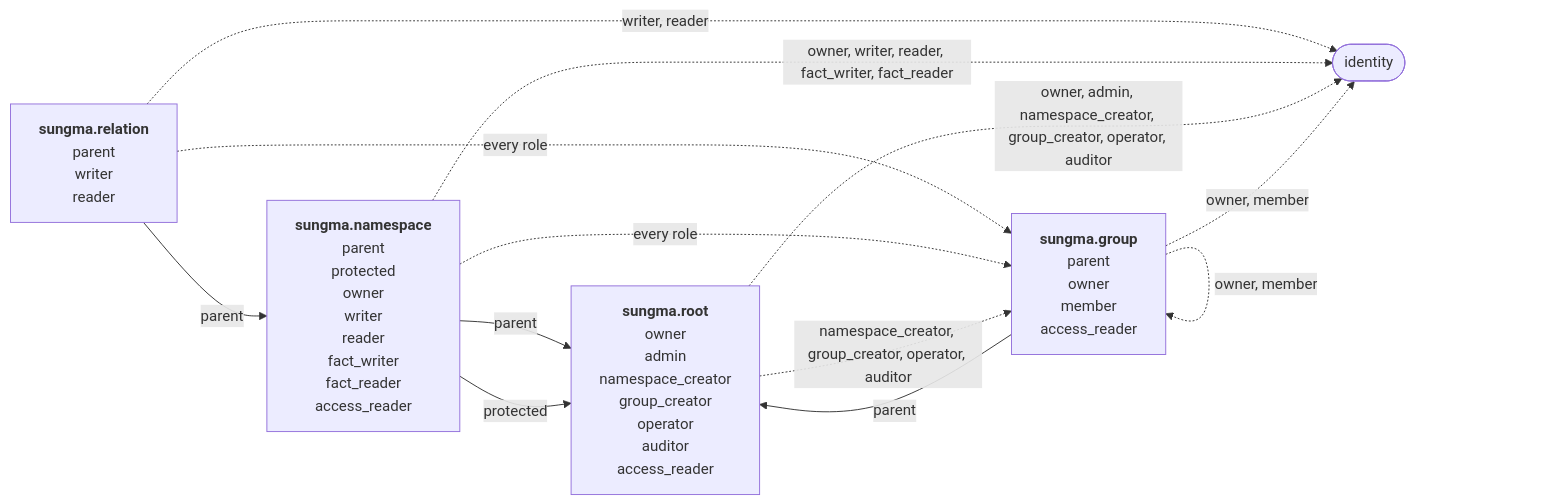
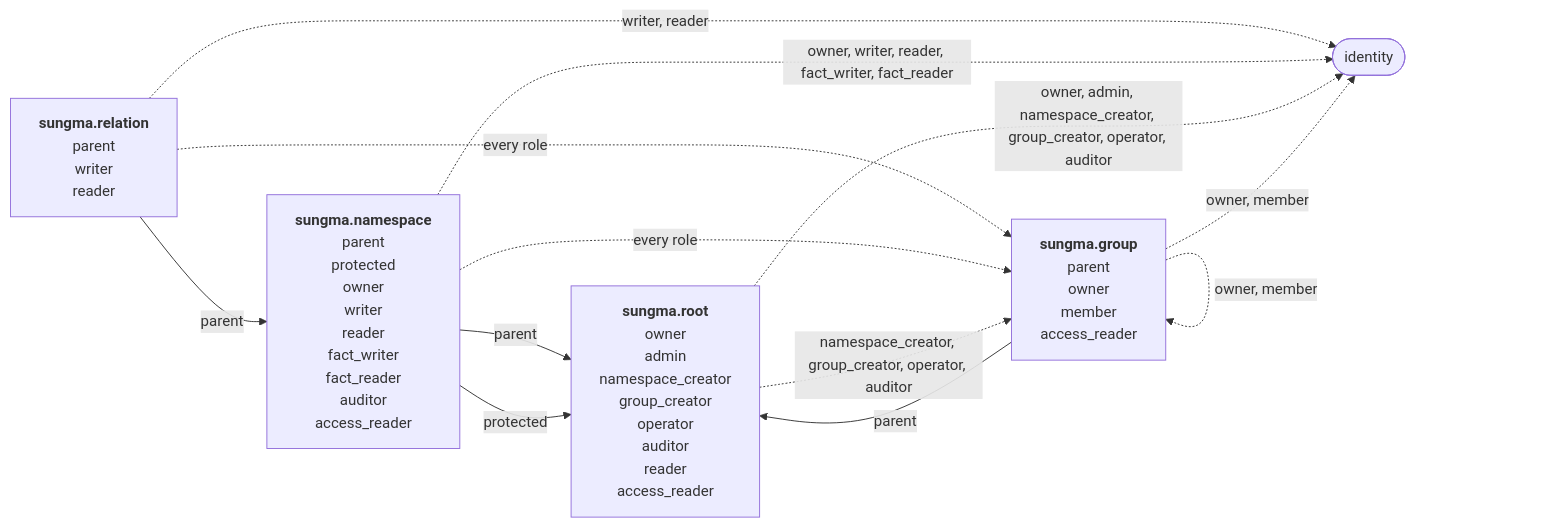
One commit to marklauter/Sungma changed the diagram in docs/specs/sungma-authorization.md. Above: the diagram before and after it, drawn with Mermaid. The commit also changed other lines of this file, not shown here.

Commit message:
Add namespace auditors and a root reader, with auditors as a kind of reader

````diff
--- a/docs/specs/sungma-authorization.md
+++ b/docs/specs/sungma-authorization.md
@@ -145,20 +153,20 @@
 ```mermaid
 flowchart LR
   relation["<b>sungma.relation</b><br/>parent<br/>writer<br/>reader"]
-  namespace["<b>sungma.namespace</b><br/>parent<br/>protected<br/>owner<br/>writer<br/>reader<br/>fact_writer<br/>fact_reader<br/>access_reader"]
-  root["<b>sungma.root</b><br/>owner<br/>admin<br/>namespace_creator<br/>group_creator<br/>operator<br/>auditor<br/>access_reader"]
+  namespace["<b>sungma.namespace</b><br/>parent<br/>protected<br/>owner<br/>writer<br/>reader<br/>fact_writer<br/>fact_reader<br/>auditor<br/>access_reader"]
+  root["<b>sungma.root</b><br/>owner<br/>admin<br/>namespace_creator<br/>group_creator<br/>operator<br/>auditor<br/>reader<br/>access_reader"]
   group["<b>sungma.group</b><br/>parent<br/>owner<br/>member<br/>access_reader"]
   identity(["identity"])
   relation -- parent --> namespace
   namespace -- parent --> root
   namespace -- protected --> root
   group -- parent --> root
   relation -. "writer, reader" .-> identity
   namespace -. "owner, writer, reader, fact_writer, fact_reader" .-> identity
   root -. "owner, admin, namespace_creator, group_creator, operator, auditor" .-> identity
   group -. "owner, member" .-> identity
   relation -. "every role" .-> group
   namespace -. "every role" .-> group
   root -. "namespace_creator, group_creator, operator, auditor" .-> group
   group -. "owner, member" .-> group
 ```
````
